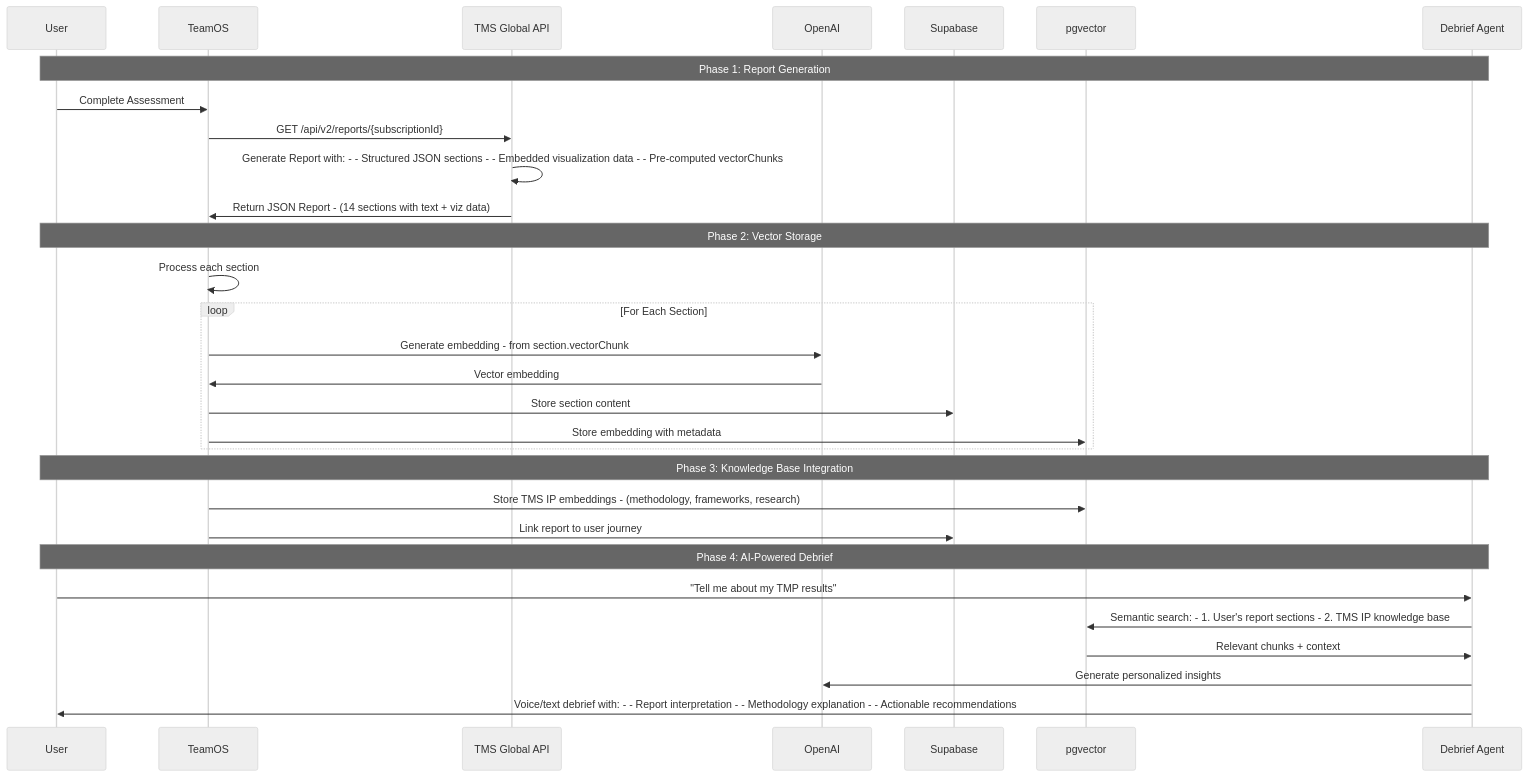
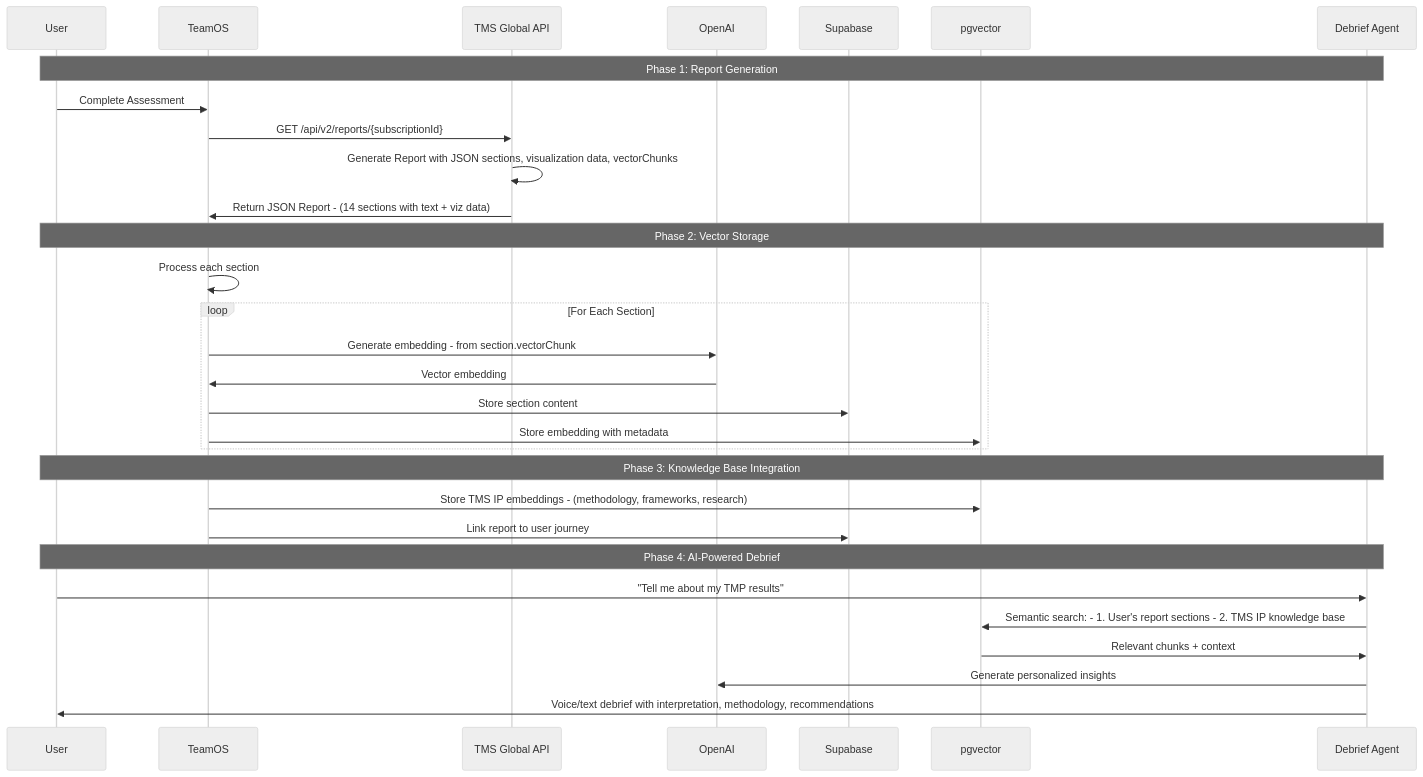
The sixth of 11 diagrams in docs/tms-api-spec/SYSTEM-ARCHITECTURE.md (tmscoach/teamOS-Agents-Demo), drawn with Mermaid (neutral theme) before and after one commit. The commit also changed other lines of this file, not shown here.

First line of the commit message:
fix: Remove double dashes causing Mermaid list errors

````diff
--- a/docs/tms-api-spec/SYSTEM-ARCHITECTURE.md
+++ b/docs/tms-api-spec/SYSTEM-ARCHITECTURE.md
@@ -243,36 +243,36 @@
 ```mermaid
 sequenceDiagram
     participant User
     participant TeamOS
     participant TMS as TMS Global API
     participant OpenAI
     participant Supabase
     participant Vector as pgvector
     participant Agent as Debrief Agent
     
     Note over User,Agent: Phase 1: Report Generation
     User->>TeamOS: Complete Assessment
     TeamOS->>TMS: GET /api/v2/reports/{subscriptionId}
-    TMS->>TMS: Generate Report with: - - Structured JSON sections - - Embedded visualization data - - Pre-computed vectorChunks
+    TMS->>TMS: Generate Report with JSON sections, visualization data, vectorChunks
     TMS->>TeamOS: Return JSON Report - (14 sections with text + viz data)
     
     Note over User,Agent: Phase 2: Vector Storage
     TeamOS->>TeamOS: Process each section
     loop For Each Section
         TeamOS->>OpenAI: Generate embedding - from section.vectorChunk
         OpenAI->>TeamOS: Vector embedding
         TeamOS->>Supabase: Store section content
         TeamOS->>Vector: Store embedding with metadata
     end
     
     Note over User,Agent: Phase 3: Knowledge Base Integration
     TeamOS->>Vector: Store TMS IP embeddings - (methodology, frameworks, research)
     TeamOS->>Supabase: Link report to user journey
     
     Note over User,Agent: Phase 4: AI-Powered Debrief
     User->>Agent: "Tell me about my TMP results"
     Agent->>Vector: Semantic search: - 1. User's report sections - 2. TMS IP knowledge base
     Vector->>Agent: Relevant chunks + context
     Agent->>OpenAI: Generate personalized insights
-    Agent->>User: Voice/text debrief with: - - Report interpretation - - Methodology explanation - - Actionable recommendations
+    Agent->>User: Voice/text debrief with interpretation, methodology, recommendations
 ```
````
